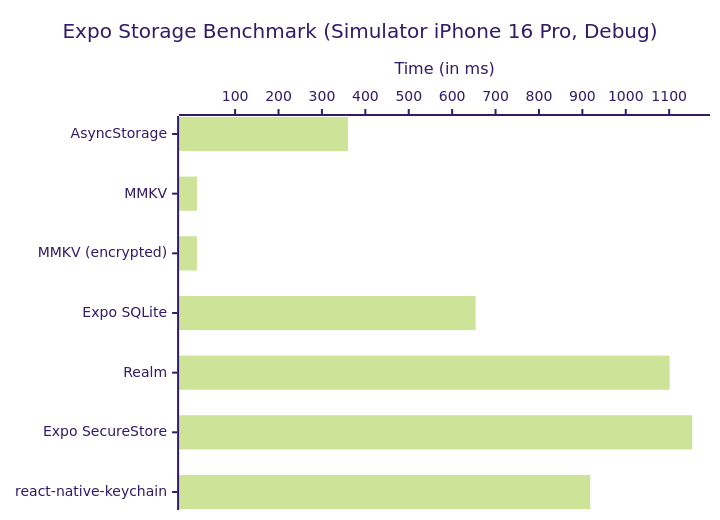
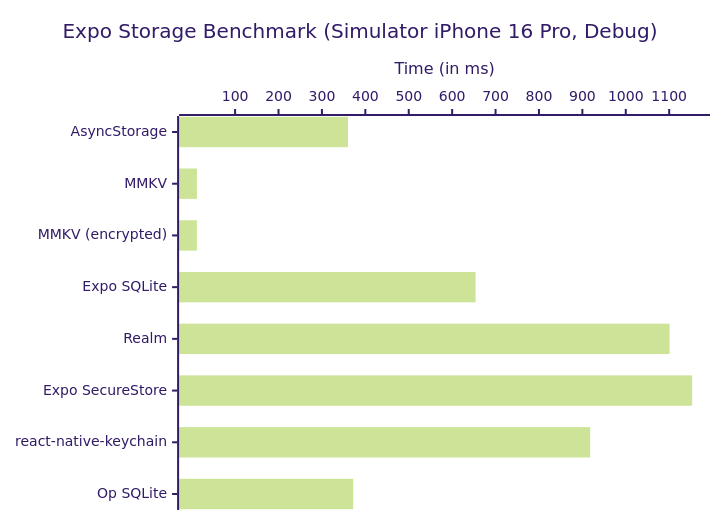
The third of 3 diagrams in charts.md (pvinis/StorageBenchmark), drawn with Mermaid before and after one commit. The commit also changed other lines of this file and 8 other files, not shown here.

````diff
--- a/charts.md
+++ b/charts.md
@@ -24,8 +24,8 @@
 ```mermaid
 %%{init: {'theme': 'forest'}}%%
 xychart-beta horizontal
     title "Expo Storage Benchmark (Simulator iPhone 16 Pro, Debug)"
-    x-axis ["AsyncStorage", "MMKV", "MMKV (encrypted)", "Expo SQLite", "Realm", "Expo SecureStore", "react-native-keychain"]
+    x-axis ["AsyncStorage", "MMKV", "MMKV (encrypted)", "Expo SQLite", "Realm", "Expo SecureStore", "react-native-keychain", "Op SQLite"]
     y-axis "Time (in ms)"
-    bar [360, 12, 12, 654, 1101, 1153, 918]
+    bar [360, 12, 12, 654, 1101, 1153, 918, 372]
 ```
````
